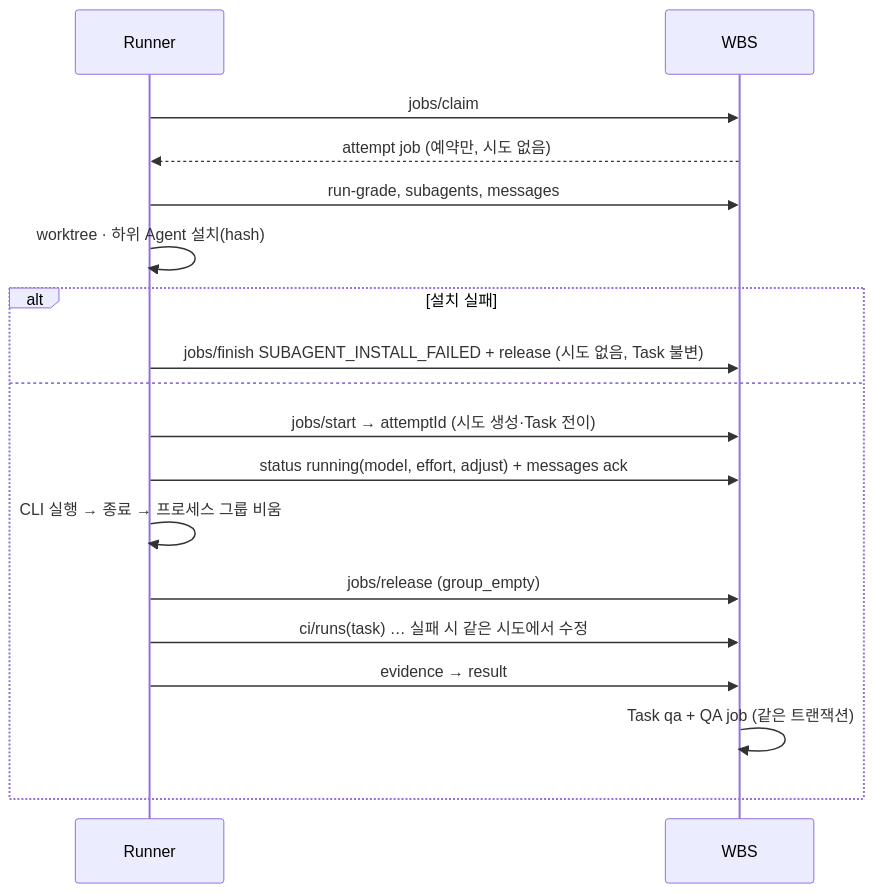
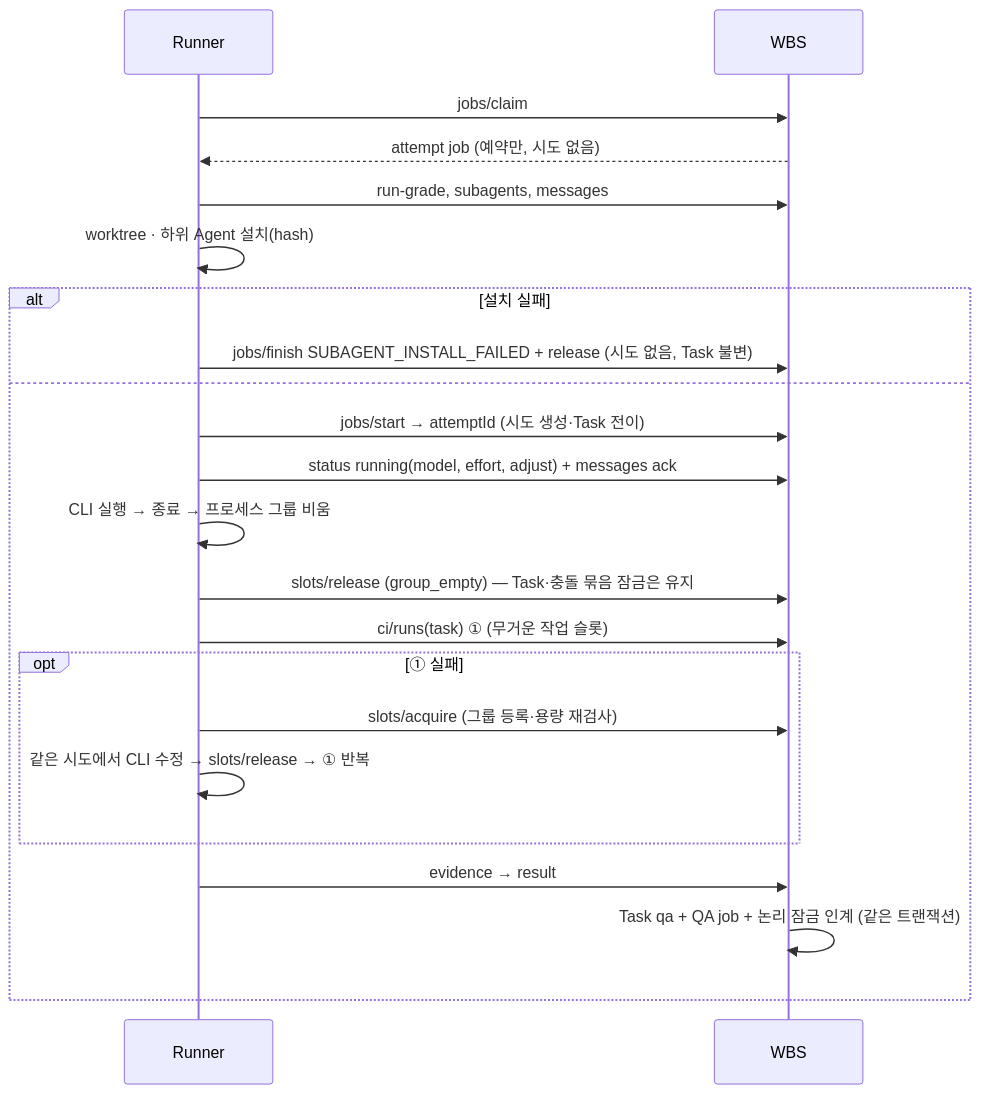
The diagram in docs/plan/contracts.md (keeproll/agent-wbs), drawn with Mermaid before and after one commit. The commit also changed other lines of this file and 4 other files, not shown here.

````diff
--- a/docs/plan/contracts.md
+++ b/docs/plan/contracts.md
@@ -225,20 +234,24 @@
 ```mermaid
 sequenceDiagram
   participant R as Runner
   participant W as WBS
   R->>W: jobs/claim
   W-->>R: attempt job (예약만, 시도 없음)
   R->>W: run-grade, subagents, messages
   R->>R: worktree · 하위 Agent 설치(hash)
   alt 설치 실패
     R->>W: jobs/finish SUBAGENT_INSTALL_FAILED + release (시도 없음, Task 불변)
   else
     R->>W: jobs/start → attemptId (시도 생성·Task 전이)
     R->>W: status running(model, effort, adjust) + messages ack
     R->>R: CLI 실행 → 종료 → 프로세스 그룹 비움
-    R->>W: jobs/release (group_empty)
-    R->>W: ci/runs(task) … 실패 시 같은 시도에서 수정
+    R->>W: slots/release (group_empty) — Task·충돌 묶음 잠금은 유지
+    R->>W: ci/runs(task) ① (무거운 작업 슬롯)
+    opt ① 실패
+      R->>W: slots/acquire (그룹 등록·용량 재검사)
+      R->>R: 같은 시도에서 CLI 수정 → slots/release → ① 반복
+    end
     R->>W: evidence → result
-    W->>W: Task qa + QA job (같은 트랜잭션)
+    W->>W: Task qa + QA job + 논리 잠금 인계 (같은 트랜잭션)
   end
 ```
````
